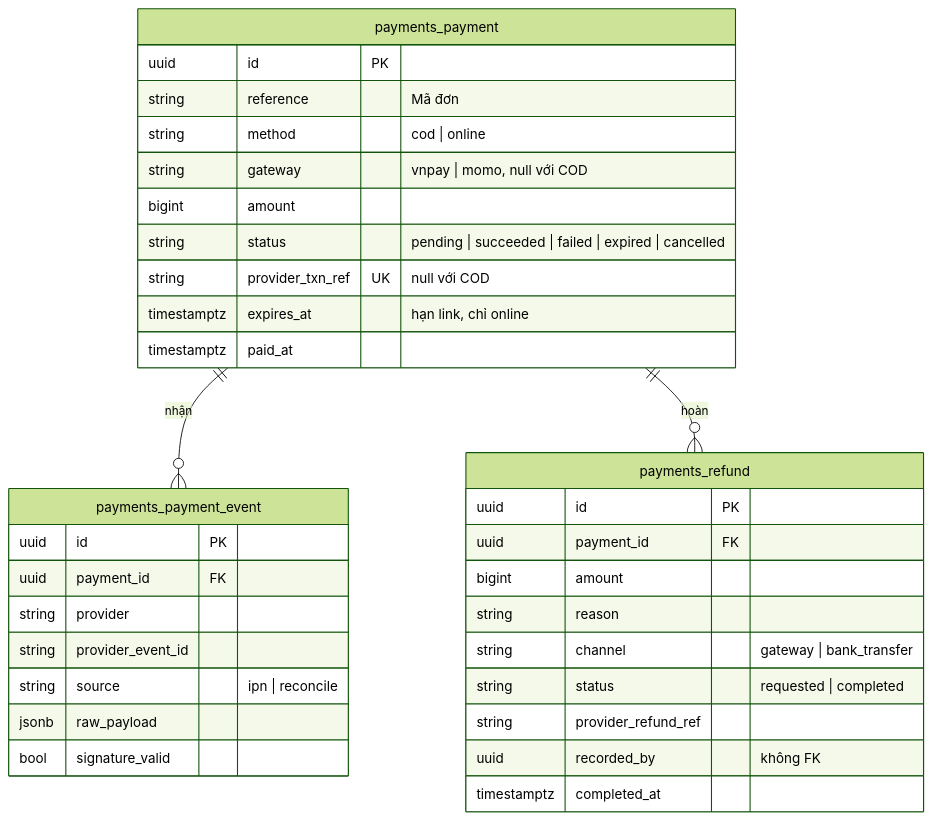
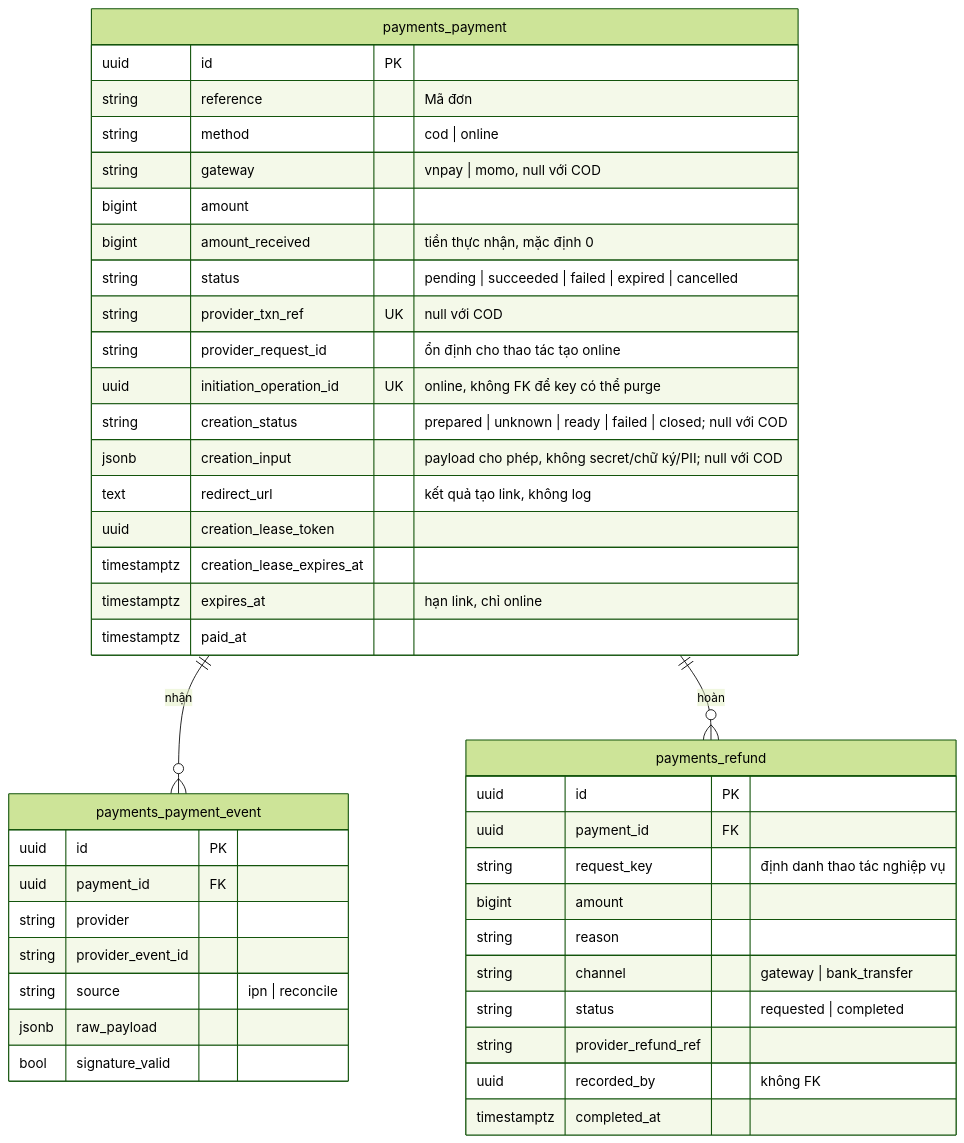
Before and after one commit to LuongCongThanh/boilerplate-ecommerce-next-16: the sixth of 9 diagrams in docs/architecture/03-data-model.md, drawn with Mermaid (forest theme). The commit also changed other lines of this file and 24 other files, not shown here.

Commit message:
docs: refine backend architecture and recovery contracts

````diff
--- a/docs/architecture/03-data-model.md
+++ b/docs/architecture/03-data-model.md
@@ -297,36 +333,45 @@
 ```mermaid
 erDiagram
     payments_payment ||--o{ payments_payment_event : "nhận"
     payments_payment ||--o{ payments_refund : "hoàn"
     payments_payment {
         uuid id PK
         string reference "Mã đơn"
         string method "cod | online"
         string gateway "vnpay | momo, null với COD"
         bigint amount
+        bigint amount_received "tiền thực nhận, mặc định 0"
         string status "pending | succeeded | failed | expired | cancelled"
         string provider_txn_ref UK "null với COD"
+        string provider_request_id "ổn định cho thao tác tạo online"
+        uuid initiation_operation_id UK "online, không FK để key có thể purge"
+        string creation_status "prepared | unknown | ready | failed | closed; null với COD"
+        jsonb creation_input "payload cho phép, không secret/chữ ký/PII; null với COD"
+        text redirect_url "kết quả tạo link, không log"
+        uuid creation_lease_token
+        timestamptz creation_lease_expires_at
         timestamptz expires_at "hạn link, chỉ online"
         timestamptz paid_at
     }
     payments_payment_event {
         uuid id PK
         uuid payment_id FK
         string provider
         string provider_event_id
         string source "ipn | reconcile"
         jsonb raw_payload
         bool signature_valid
     }
     payments_refund {
         uuid id PK
         uuid payment_id FK
+        string request_key "định danh thao tác nghiệp vụ"
         bigint amount
         string reason
         string channel "gateway | bank_transfer"
         string status "requested | completed"
         string provider_refund_ref
         uuid recorded_by "không FK"
         timestamptz completed_at
     }
 ```
````
